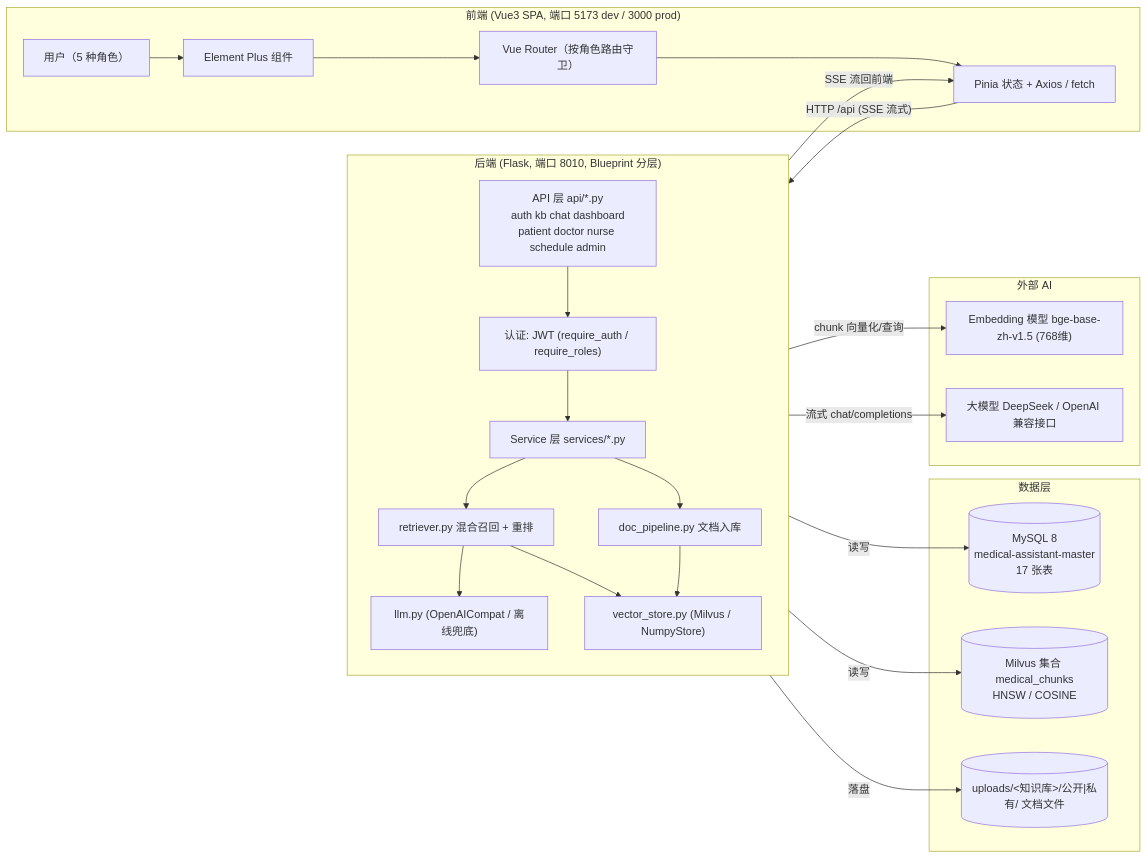
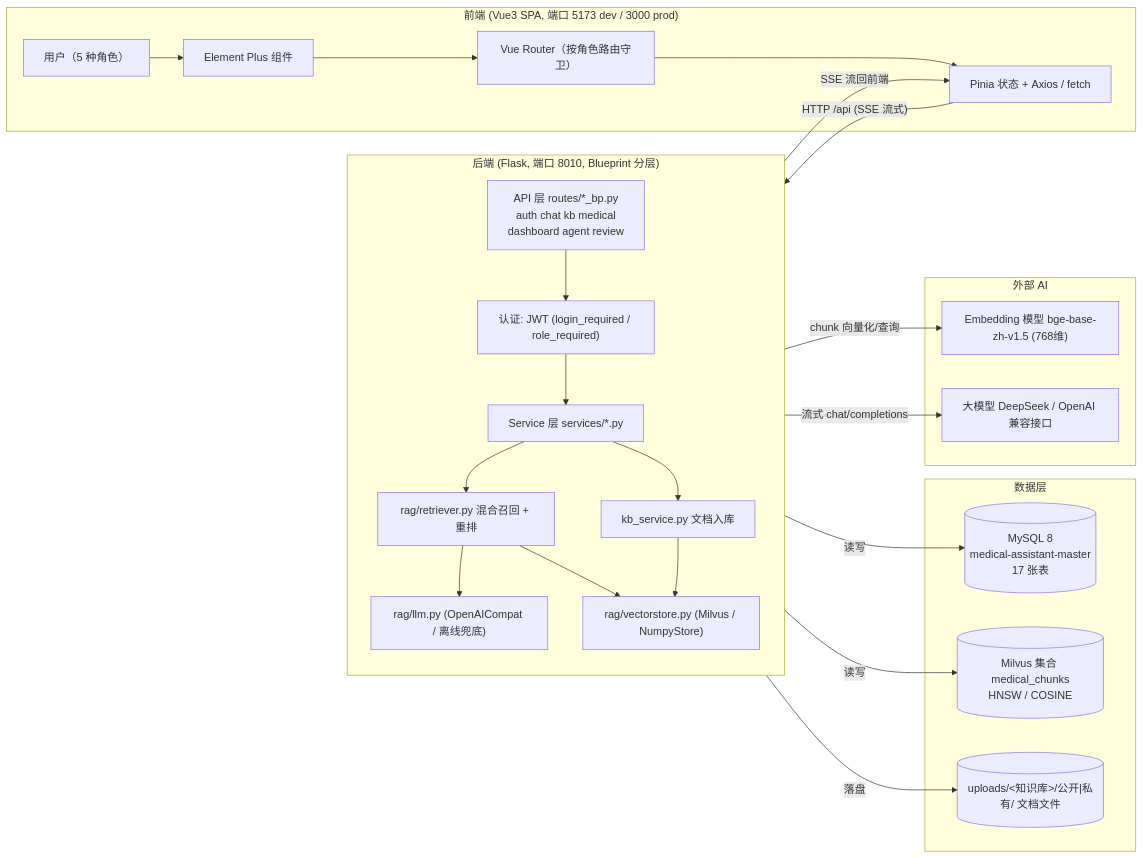
The first of 9 diagrams in 面试准备/项目架构图与流程图.md (SFANBLOG/medical-assistant-master), drawn with Mermaid before and after one commit. The commit also changed other lines of this file and 3 other files, not shown here.

````diff
--- a/面试准备/项目架构图与流程图.md
+++ b/面试准备/项目架构图与流程图.md
@@ -18,46 +18,46 @@
 ```mermaid
 flowchart LR
     subgraph Client["前端 (Vue3 SPA, 端口 5173 dev / 3000 prod)"]
         U["用户（5 种角色）"]
         UI["Element Plus 组件"]
         R["Vue Router（按角色路由守卫）"]
         A["Pinia 状态 + Axios / fetch"]
     end
 
     subgraph Server["后端 (Flask, 端口 8010, Blueprint 分层)"]
         direction TB
-        API["API 层 api/*.py<br/>auth kb chat dashboard<br/>patient doctor nurse schedule admin"]
-        AUTH["认证: JWT (require_auth / require_roles)"]
+        API["API 层 routes/*_bp.py<br/>auth chat kb medical<br/>dashboard agent review"]
+        AUTH["认证: JWT (login_required / role_required)"]
         SVC["Service 层 services/*.py"]
-        RET["retriever.py 混合召回 + 重排"]
-        PIPE["doc_pipeline.py 文档入库"]
-        LLM["llm.py (OpenAICompat / 离线兜底)"]
-        STORE["vector_store.py (Milvus / NumpyStore)"]
+        RET["rag/retriever.py 混合召回 + 重排"]
+        PIPE["kb_service.py 文档入库"]
+        LLM["rag/llm.py (OpenAICompat / 离线兜底)"]
+        STORE["rag/vectorstore.py (Milvus / NumpyStore)"]
         API --> AUTH --> SVC
         SVC --> RET
         SVC --> PIPE
         RET --> LLM
         RET --> STORE
         PIPE --> STORE
     end
 
     subgraph Data["数据层"]
         DB[("MySQL 8<br/>medical-assistant-master<br/>17 张表")]
         VEC[("Milvus 集合 medical_chunks<br/>HNSW / COSINE")]
         FS[("uploads/<知识库>/公开|私有/ 文档文件")]
     end
 
     subgraph External["外部 AI"]
         EMB["Embedding 模型 bge-base-zh-v1.5 (768维)"]
         CHAT["大模型 DeepSeek / OpenAI 兼容接口"]
     end
 
     U --> UI --> R --> A
     A -- " HTTP /api (SSE 流式) " --> API
     SVC -- " 读写 " --> DB
     STORE -- " 读写 " --> VEC
     PIPE -- " 落盘 " --> FS
     RET -- " chunk 向量化/查询 " --> EMB
     LLM -- " 流式 chat/completions " --> CHAT
     API -- " SSE 流回前端 " --> A
 ```
````
